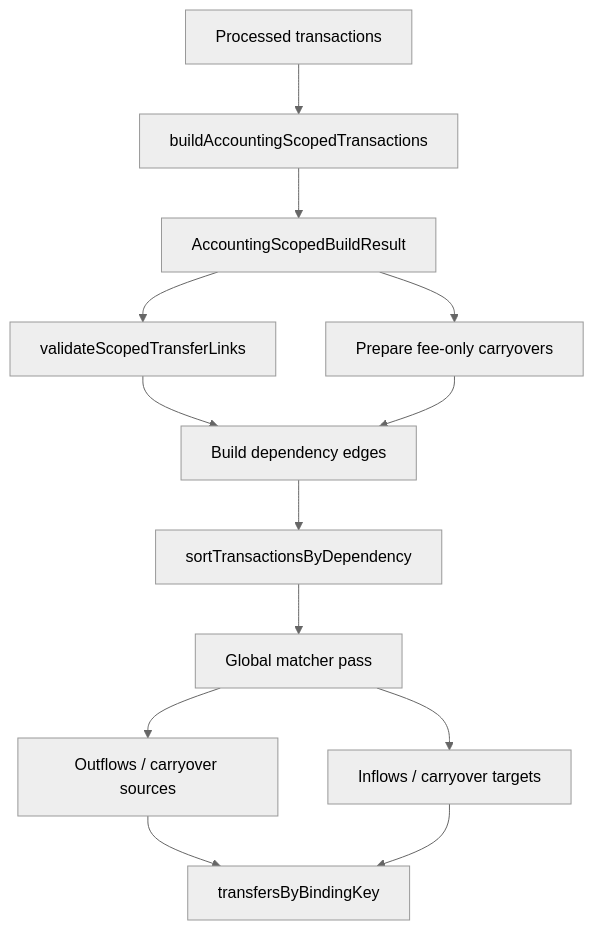
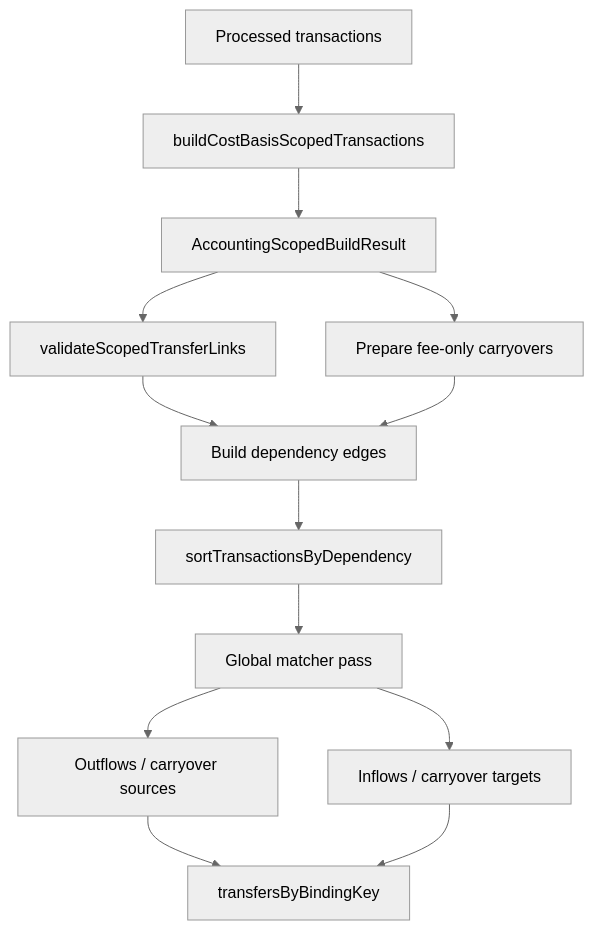
Before and after one commit to jbelanger/exitbook: the diagram in docs/specs/lot-matcher-transaction-dependency-ordering.md, drawn with Mermaid (neutral theme). The commit also changed other lines of this file and 140 other files, not shown here.

````diff
--- a/docs/specs/lot-matcher-transaction-dependency-ordering.md
+++ b/docs/specs/lot-matcher-transaction-dependency-ordering.md
@@ -76,15 +76,15 @@
 ```mermaid
 graph TD
-    A["Processed transactions"] --> B["buildAccountingScopedTransactions"]
+    A["Processed transactions"] --> B["buildCostBasisScopedTransactions"]
     B --> C["AccountingScopedBuildResult"]
     C --> D["validateScopedTransferLinks"]
     C --> E["Prepare fee-only carryovers"]
     D --> F["Build dependency edges"]
     E --> F
     F --> G["sortTransactionsByDependency"]
     G --> H["Global matcher pass"]
     H --> I["Outflows / carryover sources"]
     H --> J["Inflows / carryover targets"]
     I --> K["transfersByBindingKey"]
     J --> K
 ```
````
